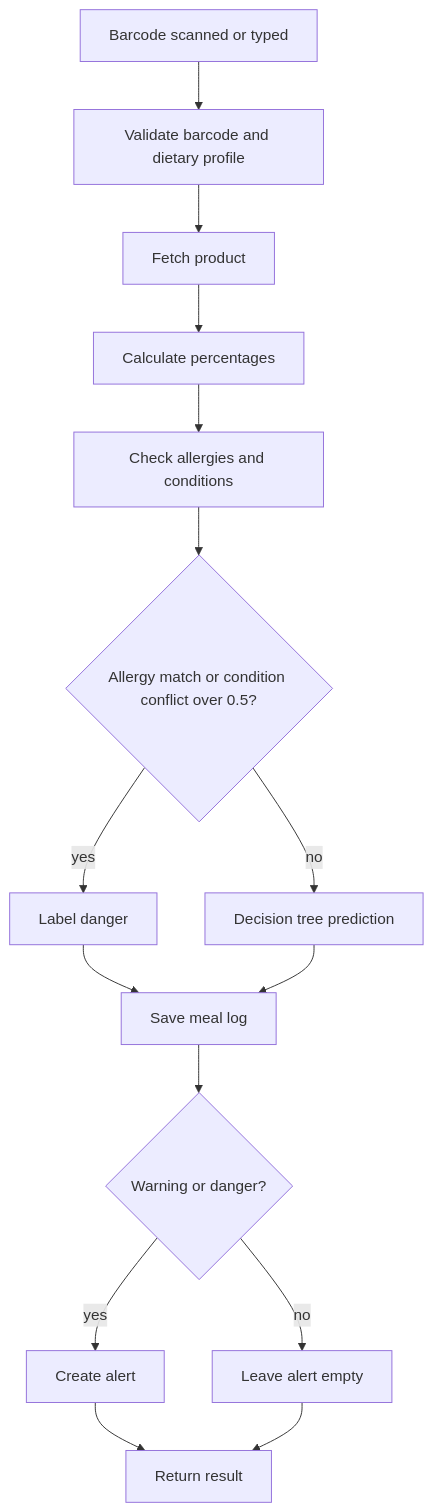
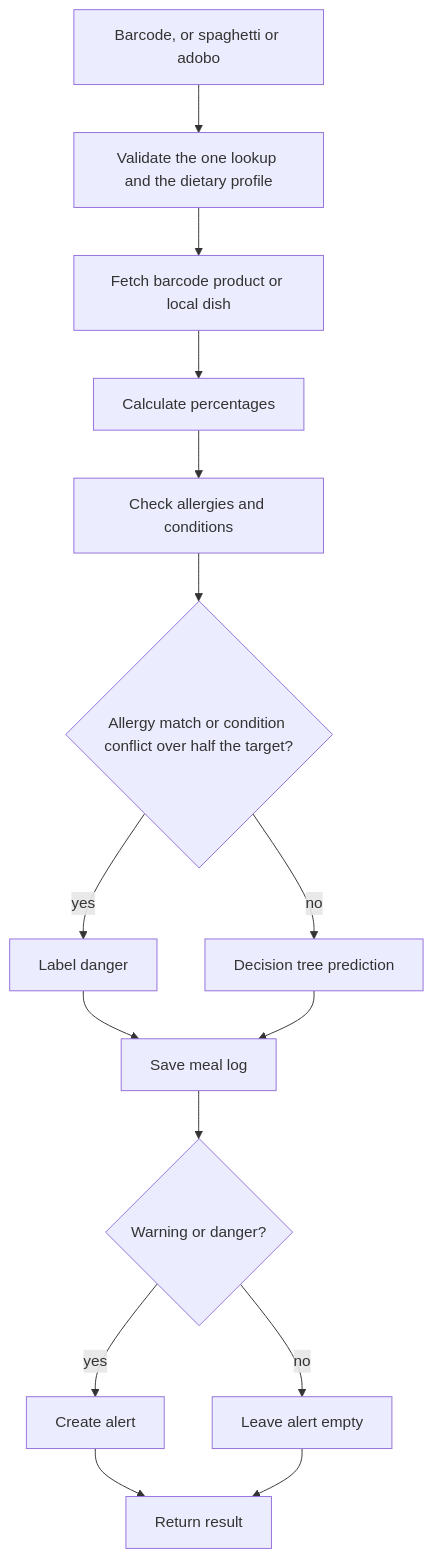
One commit to punypeony/HEALTHWATCH changed the second of 5 diagrams in docs/diagrams.md. Above: the diagram before and after it, drawn with Mermaid. The commit also changed other lines of this file and 38 other files, not shown here.

````diff
--- a/docs/diagrams.md
+++ b/docs/diagrams.md
@@ -27,18 +29,18 @@
 ```mermaid
 flowchart TD
-  scanned[Barcode scanned or typed]
-  scanned --> validate[Validate barcode and dietary profile]
-  validate --> fetchProduct[Fetch product]
+  scanned[Barcode, or spaghetti or adobo]
+  scanned --> validate[Validate the one lookup and the dietary profile]
+  validate --> fetchProduct[Fetch barcode product or local dish]
   fetchProduct --> percentages[Calculate percentages]
   percentages --> checks[Check allergies and conditions]
-  checks --> hardRule{Allergy match or condition conflict over 0.5?}
+  checks --> hardRule{Allergy match or condition conflict over half the target?}
   hardRule -->|yes| dangerLabel[Label danger]
   hardRule -->|no| decisionTree[Decision tree prediction]
   dangerLabel --> mealLog[Save meal log]
   decisionTree --> mealLog
   mealLog --> alert{Warning or danger?}
   alert -->|yes| createAlert[Create alert]
   alert -->|no| noAlert[Leave alert empty]
   createAlert --> result[Return result]
   noAlert --> result
 ```
````
